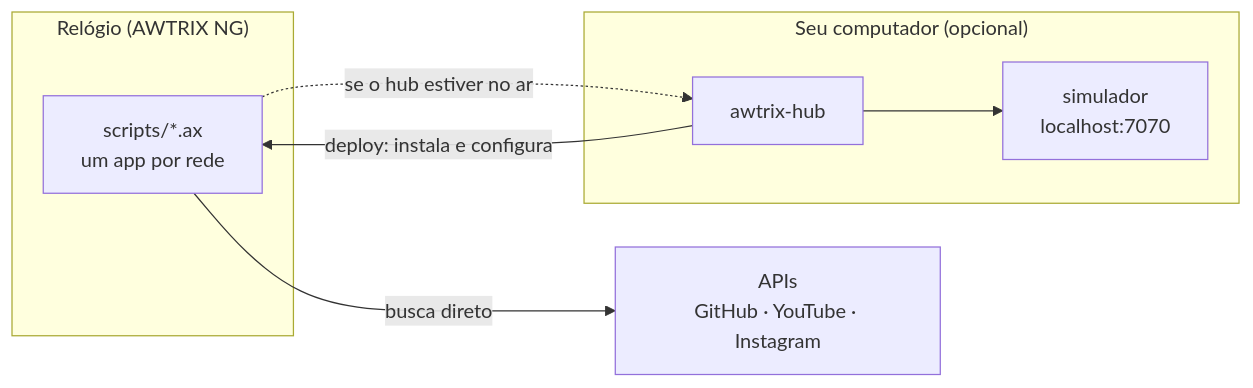
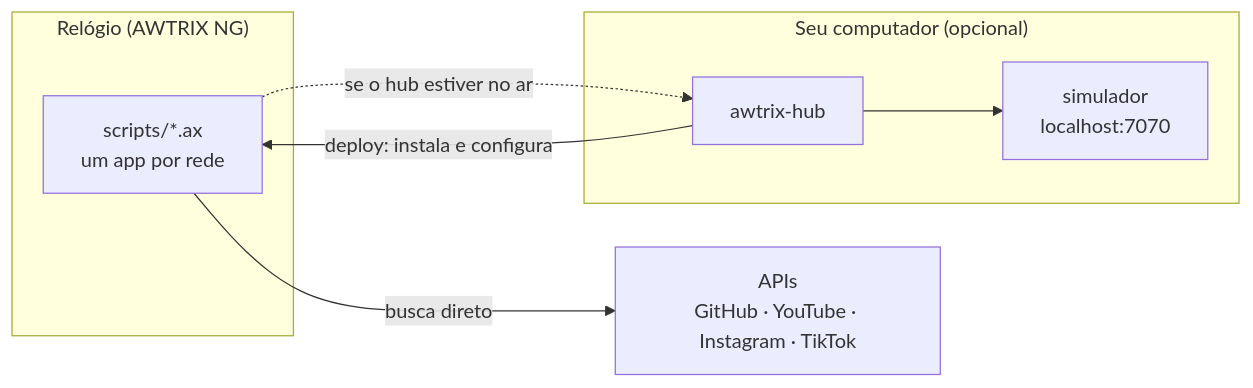
The diagram in README.md (marcopollivier/project.awtrix), drawn with Mermaid before and after one commit. The commit also changed other lines of this file and 15 other files, not shown here.

First line of the commit message:
Contador de seguidores do TikTok

````diff
--- a/README.md
+++ b/README.md
@@ -29,15 +29,15 @@
 ```mermaid
 flowchart LR
     subgraph relogio["Relógio (AWTRIX NG)"]
         scripts["scripts/*.ax<br/>um app por rede"]
     end
-    apis["APIs<br/>GitHub · YouTube · Instagram"]
+    apis["APIs<br/>GitHub · YouTube · Instagram · TikTok"]
     subgraph mac["Seu computador (opcional)"]
         hub["awtrix-hub"]
         sim["simulador<br/>localhost:7070"]
     end
     scripts -->|busca direto| apis
     scripts -.->|se o hub estiver no ar| hub
     hub -->|deploy: instala e configura| scripts
     hub --> sim
 ```
````
